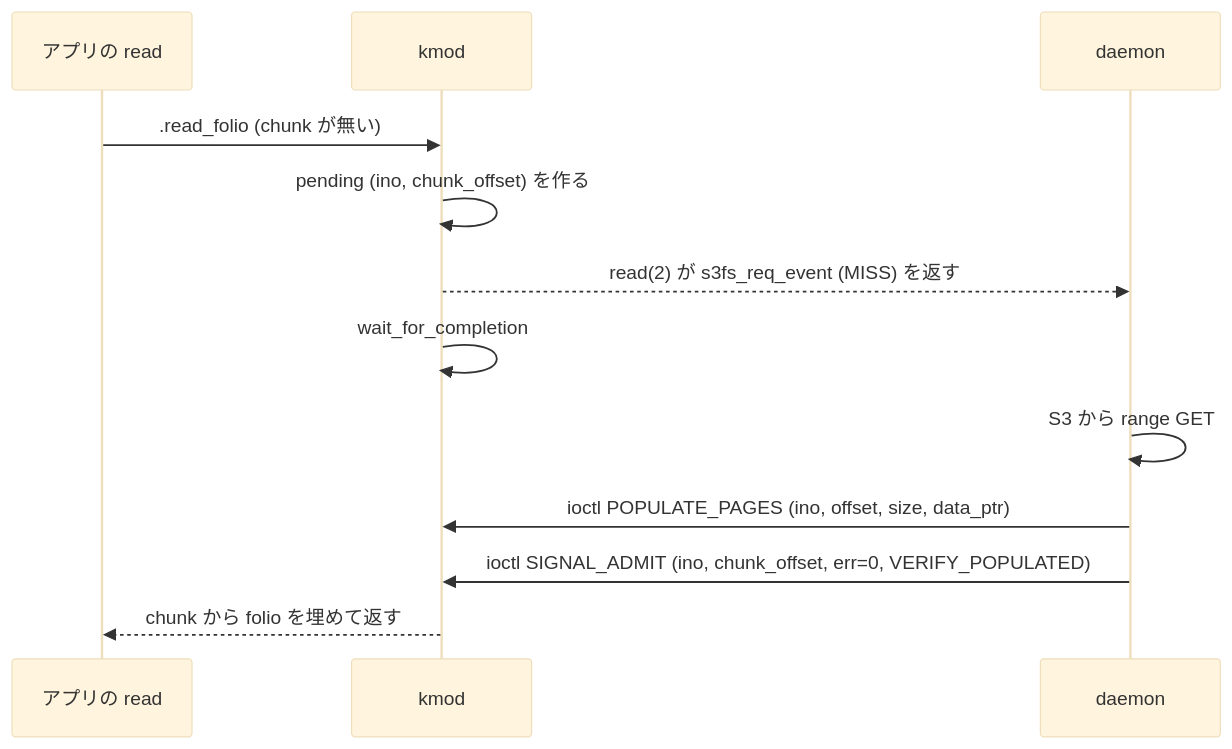
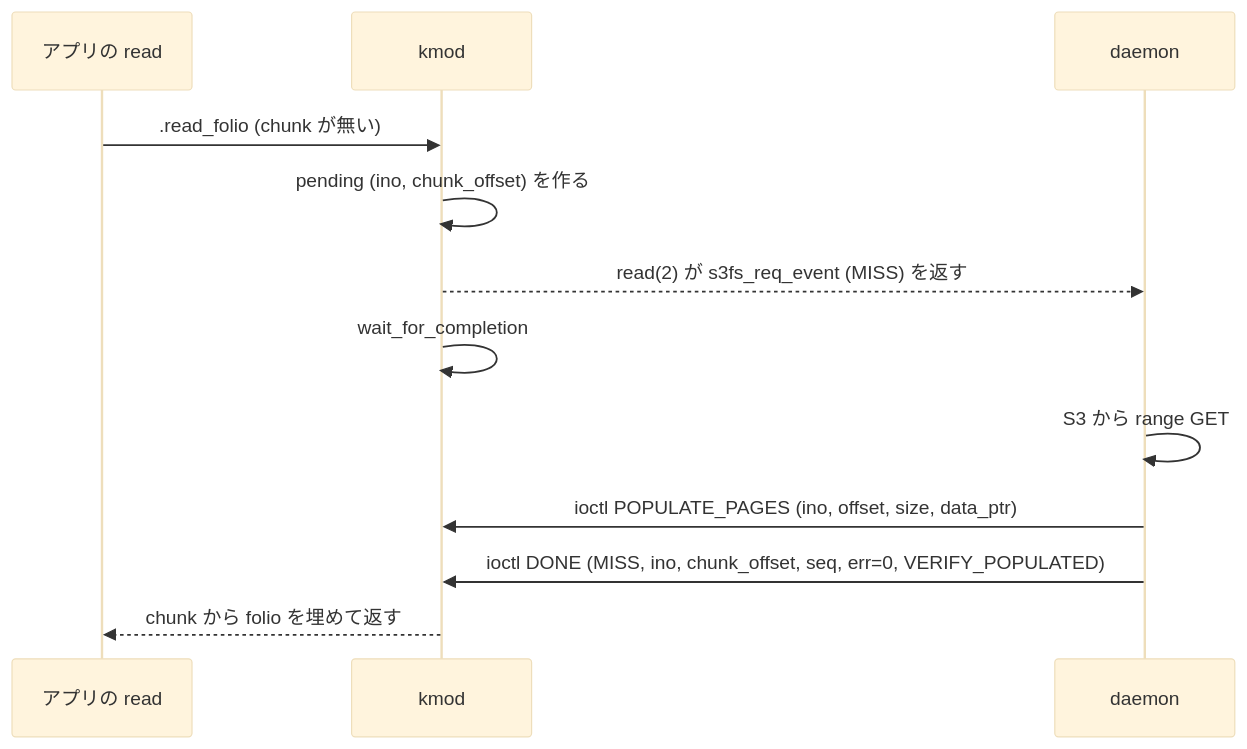
Before and after one commit to masu-mi/s3fs-ebpf: the diagram in docs/design/dev-s3fs-ebpf-protocol.md, drawn with Mermaid (base theme). The commit also changed other lines of this file and 33 other files, not shown here.

First line of the commit message:
v2 Phase 4 (part 3): one inflight table and one DONE ioctl; fsync waits for an in-flight flush (AC-96)

````diff
--- a/docs/design/dev-s3fs-ebpf-protocol.md
+++ b/docs/design/dev-s3fs-ebpf-protocol.md
@@ -113,14 +111,14 @@
 ```mermaid
 sequenceDiagram
     participant App as アプリの read
     participant K as kmod
     participant D as daemon
     App->>K: .read_folio (chunk が無い)
     K->>K: pending (ino, chunk_offset) を作る
     K-->>D: read(2) が s3fs_req_event (MISS) を返す
     K->>K: wait_for_completion
     D->>D: S3 から range GET
     D->>K: ioctl POPULATE_PAGES (ino, offset, size, data_ptr)
-    D->>K: ioctl SIGNAL_ADMIT (ino, chunk_offset, err=0, VERIFY_POPULATED)
+    D->>K: ioctl DONE (MISS, ino, chunk_offset, seq, err=0, VERIFY_POPULATED)
     K-->>App: chunk から folio を埋めて返す
 ```
````
